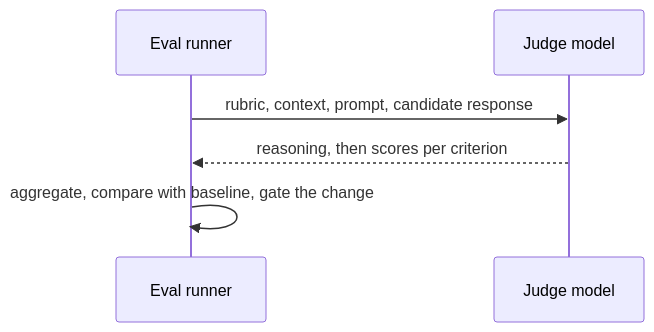
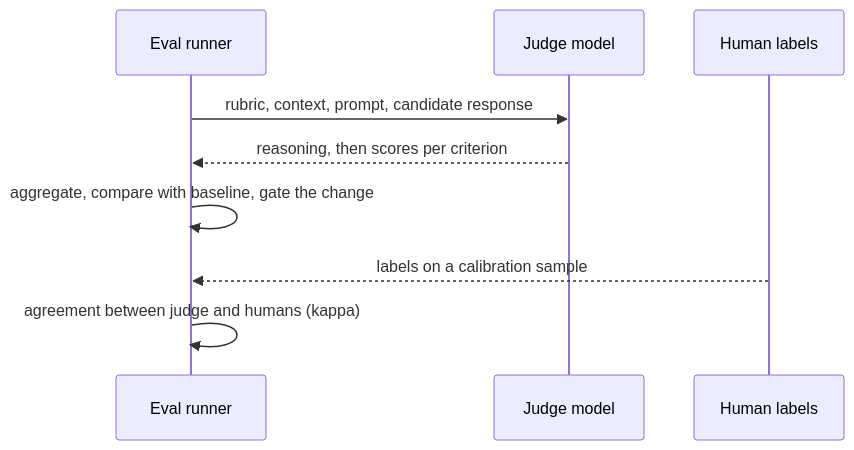
Before and after one commit to TheLearningHubOrg/learn-prompt-engineering: diagram 32 of 38 in README.md, drawn with Mermaid. The commit also changed other lines of this file and 15 other files, not shown here.

````diff
--- a/README.md
+++ b/README.md
@@ -2077,8 +3036,11 @@
 ```mermaid
 sequenceDiagram
     participant Eval as Eval runner
     participant Judge as Judge model
+    participant Human as Human labels
     Eval->>Judge: rubric, context, prompt, candidate response
     Judge-->>Eval: reasoning, then scores per criterion
     Eval->>Eval: aggregate, compare with baseline, gate the change
+    Human-->>Eval: labels on a calibration sample
+    Eval->>Eval: agreement between judge and humans (kappa)
 ```
````
